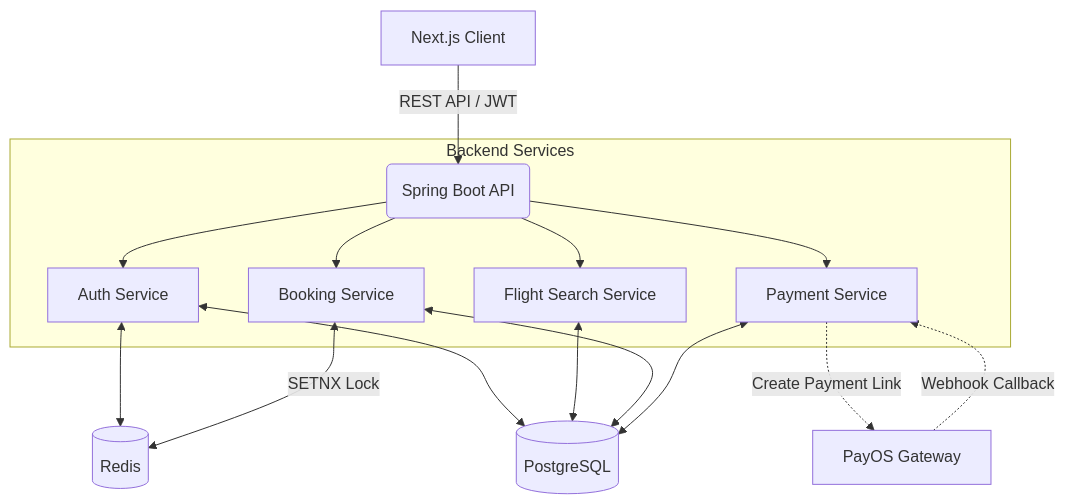
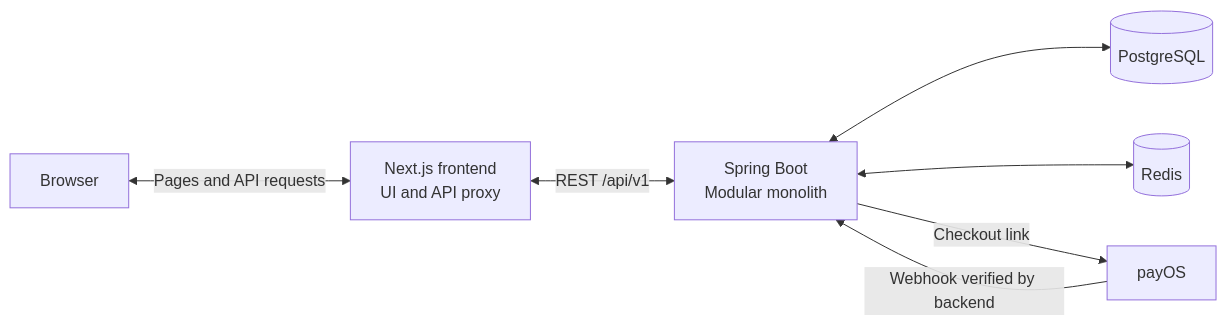
The diagram in README.md (thannthai/flight-booking-system), drawn with Mermaid before and after one commit. The commit also changed other lines of this file and 3 other files, not shown here.

````diff
--- a/README.md
+++ b/README.md
@@ -53,22 +53,16 @@
 ```mermaid
-graph TD
-    Client[Next.js Client] -->|REST API / JWT| Gateway(Spring Boot API)
+flowchart LR
+    Browser["Browser"]
+    Frontend["Next.js frontend<br/>UI and API proxy"]
+    Backend["Spring Boot<br/>Modular monolith"]
+    DB[(PostgreSQL)]
+    Redis[(Redis)]
+    PayOS["payOS"]
 
-    subgraph Backend Services
-        Gateway --> Auth[Auth Service]
-        Gateway --> Flight[Flight Search Service]
-        Gateway --> Booking[Booking Service]
-        Gateway --> Payment[Payment Service]
-    end
-
-    Auth <--> Redis[(Redis)]
-    Booking <-->|SETNX Lock| Redis
-
-    Auth <--> Postgres[(PostgreSQL)]
-    Flight <--> Postgres
-    Booking <--> Postgres
-    Payment <--> Postgres
-
-    Payment -.->|Create Payment Link| PayOS[PayOS Gateway]
-    PayOS -.->|Webhook Callback| Payment
+    Browser <-->|Pages and API requests| Frontend
+    Frontend <-->|REST /api/v1| Backend
+    Backend <--> DB
+    Backend <--> Redis
+    Backend -->|Checkout link| PayOS
+    PayOS -->|Webhook verified by backend| Backend
 ```
````
